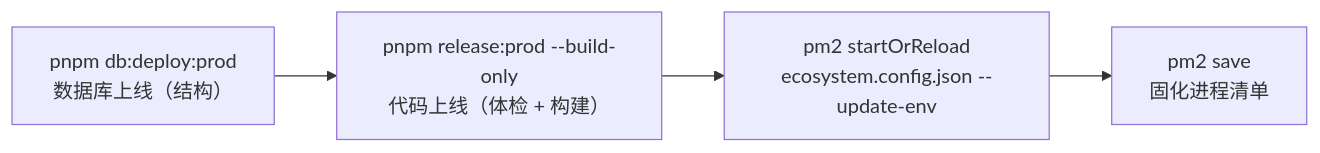
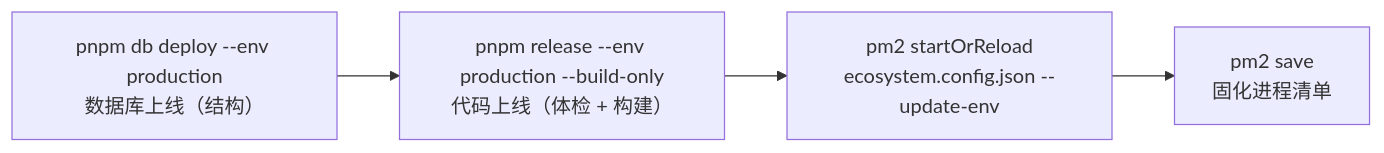
One commit to ht-sauce/trillion-cms-platform changed the second of 2 diagrams in docs/spec/10-launch-runbook.md. Above: the diagram before and after it, drawn with Mermaid. The commit also changed other lines of this file and 42 other files, not shown here.

````diff
--- a/docs/spec/10-launch-runbook.md
+++ b/docs/spec/10-launch-runbook.md
@@ -112,6 +112,6 @@
 ```mermaid
 flowchart LR
-  A["pnpm db:deploy:prod<br/>数据库上线（结构）"] --> B["pnpm release:prod --build-only<br/>代码上线（体检 + 构建）"]
+  A["pnpm db deploy --env production<br/>数据库上线（结构）"] --> B["pnpm release --env production --build-only<br/>代码上线（体检 + 构建）"]
   B --> C["pm2 startOrReload<br/>ecosystem.config.json --update-env"]
   C --> D["pm2 save<br/>固化进程清单"]
 ```
````
